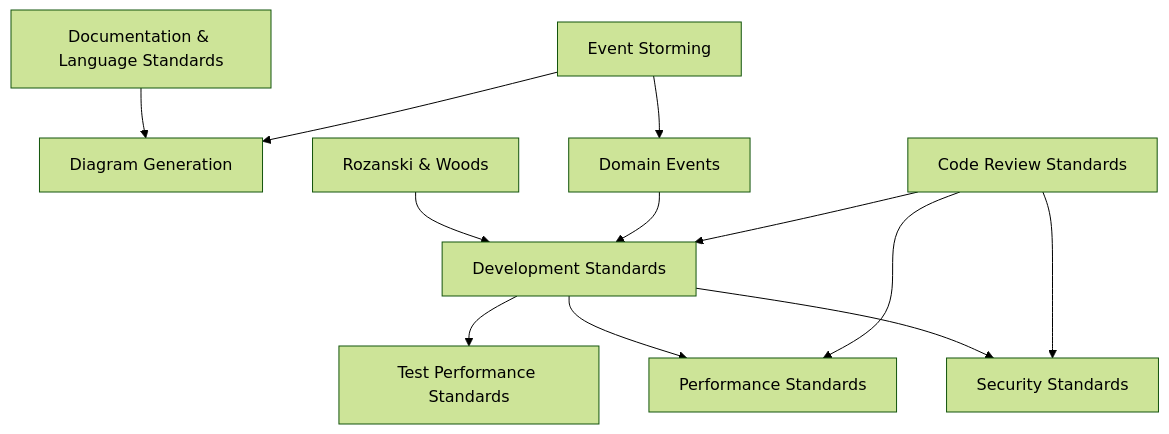
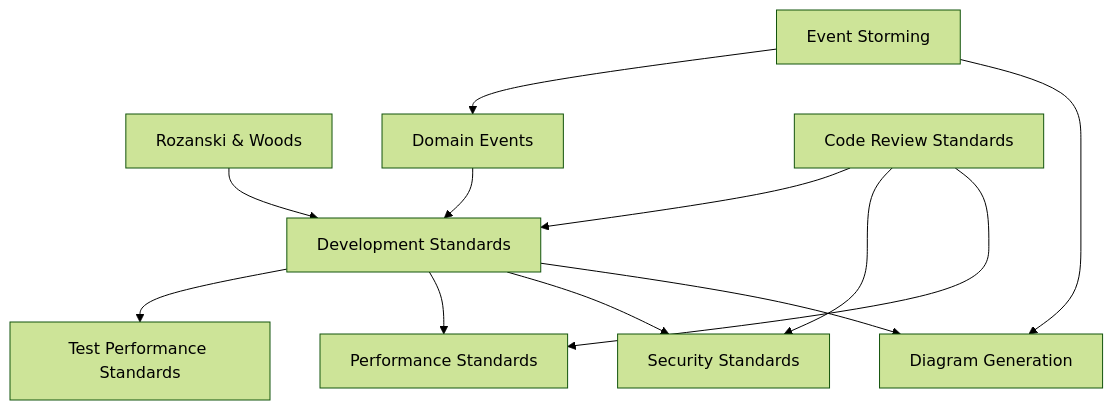
Before and after one commit to humank/genai-demo: the diagram in .kiro/steering/README.md, drawn with Mermaid (forest theme). The commit also changed other lines of this file and 160 other files, not shown here.

````diff
--- a/.kiro/steering/README.md
+++ b/.kiro/steering/README.md
@@ -70,14 +69,14 @@
 ```mermaid
 graph TD
     A[Development Standards] --> B[Test Performance Standards]
     A --> C[Performance Standards]
     A --> D[Security Standards]
-    E[Documentation & Language Standards] --> J[Diagram Generation]
+    A --> J[Diagram Generation]
     G[Rozanski & Woods] --> A
     K[Event Storming] --> H
     H[Domain Events] --> A
     I[Code Review Standards] --> A
     I --> D
     I --> C
     K --> J
 ```
````
